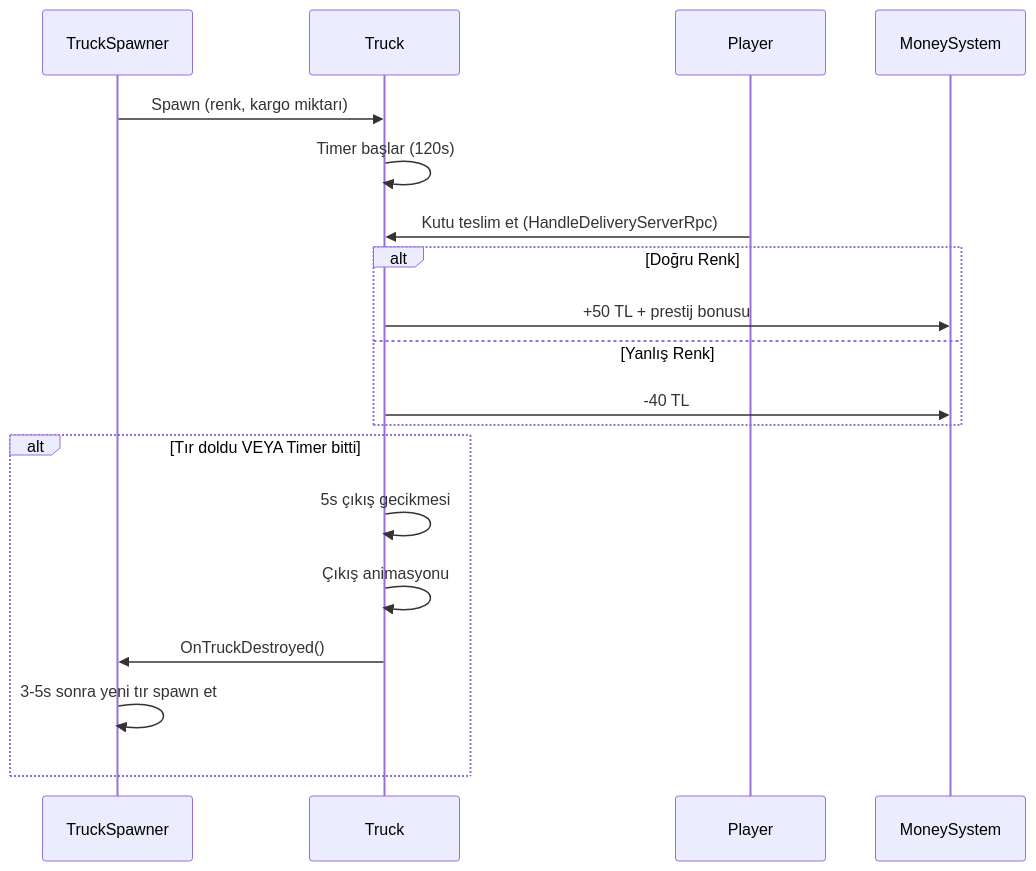
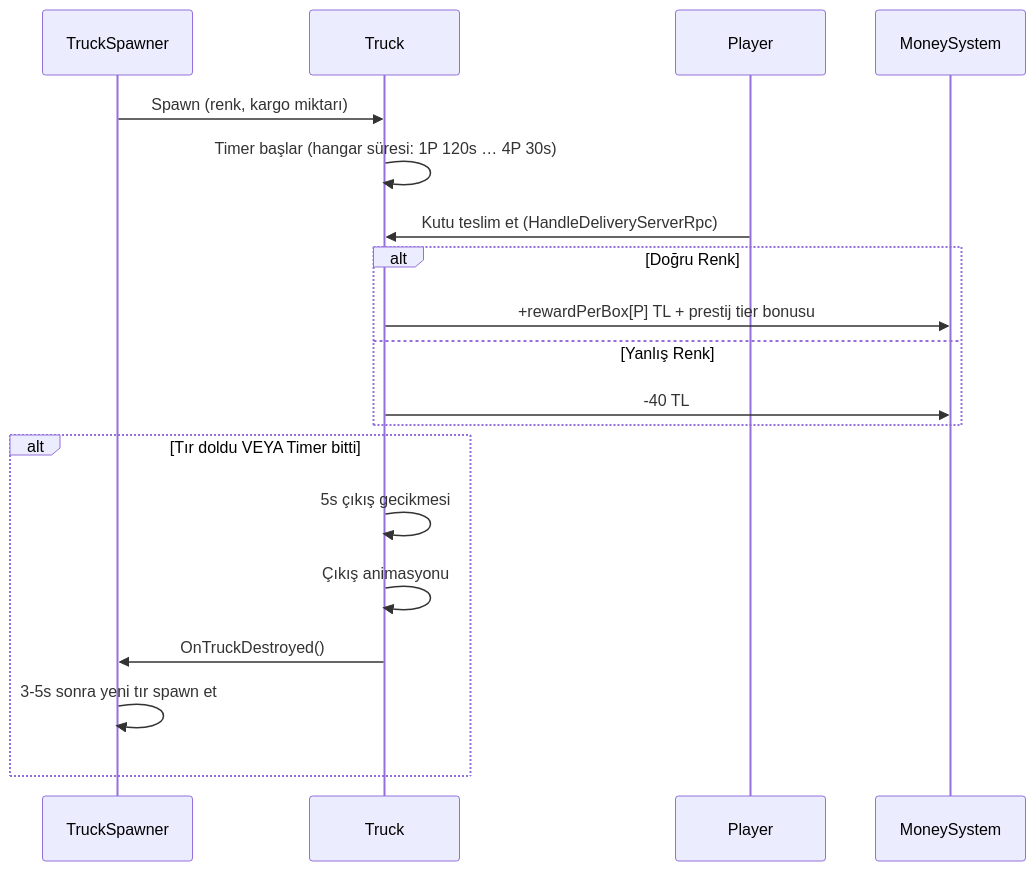
Before and after one commit to Thefec/Cargor: the fourth of 11 diagrams in GDD.md, drawn with Mermaid. The commit also changed other lines of this file and 64 other files, not shown here.

````diff
--- a/GDD.md
+++ b/GDD.md
@@ -501,24 +684,24 @@
 ```mermaid
 sequenceDiagram
     participant S as TruckSpawner
     participant T as Truck
     participant P as Player
     participant M as MoneySystem
 
     S->>T: Spawn (renk, kargo miktarı)
-    T->>T: Timer başlar (120s)
+    T->>T: Timer başlar (hangar süresi: 1P 120s … 4P 30s)
     P->>T: Kutu teslim et (HandleDeliveryServerRpc)
     
     alt Doğru Renk
-        T->>M: +50 TL + prestij bonusu
+        T->>M: +rewardPerBox[P] TL + prestij tier bonusu
     else Yanlış Renk
         T->>M: -40 TL
     end
     
     alt Tır doldu VEYA Timer bitti
         T->>T: 5s çıkış gecikmesi
         T->>T: Çıkış animasyonu
         T->>S: OnTruckDestroyed()
         S->>S: 3-5s sonra yeni tır spawn et
     end
 ```
````
